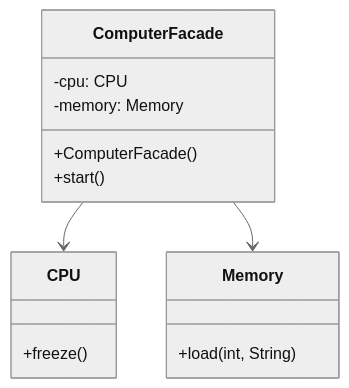
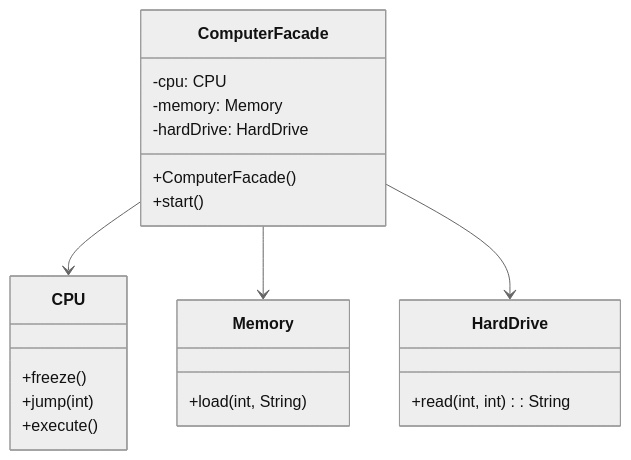
The tenth of 23 diagrams in content/english/blog/system_design/core_design_patterns.md (welldesignedsystem/welldesignedsystem.github.io), drawn with Mermaid (neutral theme) before and after one commit. The commit also changed other lines of this file and 1 other file, not shown here.

````diff
--- a/content/english/blog/system_design/core_design_patterns.md
+++ b/content/english/blog/system_design/core_design_patterns.md
@@ -545,17 +765,24 @@
 ```mermaid
 classDiagram
     class ComputerFacade {
         -cpu: CPU
         -memory: Memory
+        -hardDrive: HardDrive
         +ComputerFacade()
         +start()
     }
     class CPU {
         +freeze()
+        +jump(int)
+        +execute()
     }
     class Memory {
         +load(int, String)
     }
+    class HardDrive {
+        +read(int, int): String
+    }
     ComputerFacade --> CPU
     ComputerFacade --> Memory
+    ComputerFacade --> HardDrive
 ```
````
